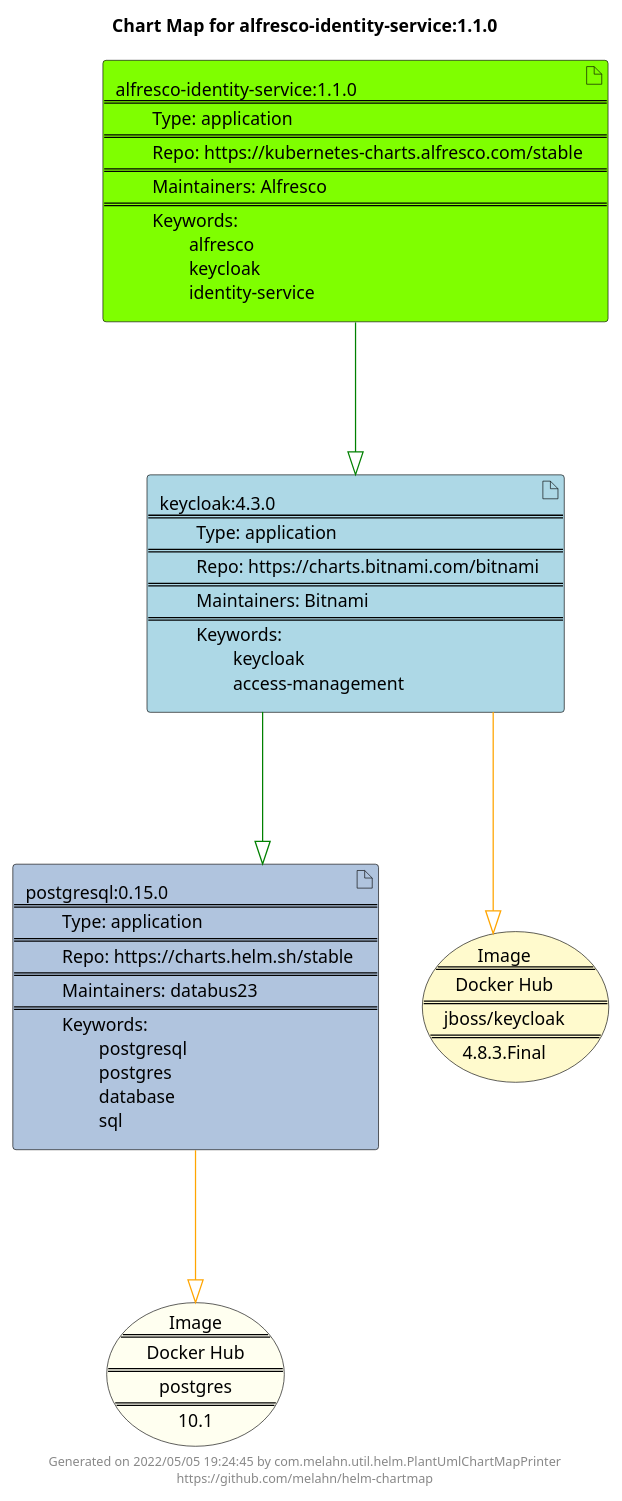
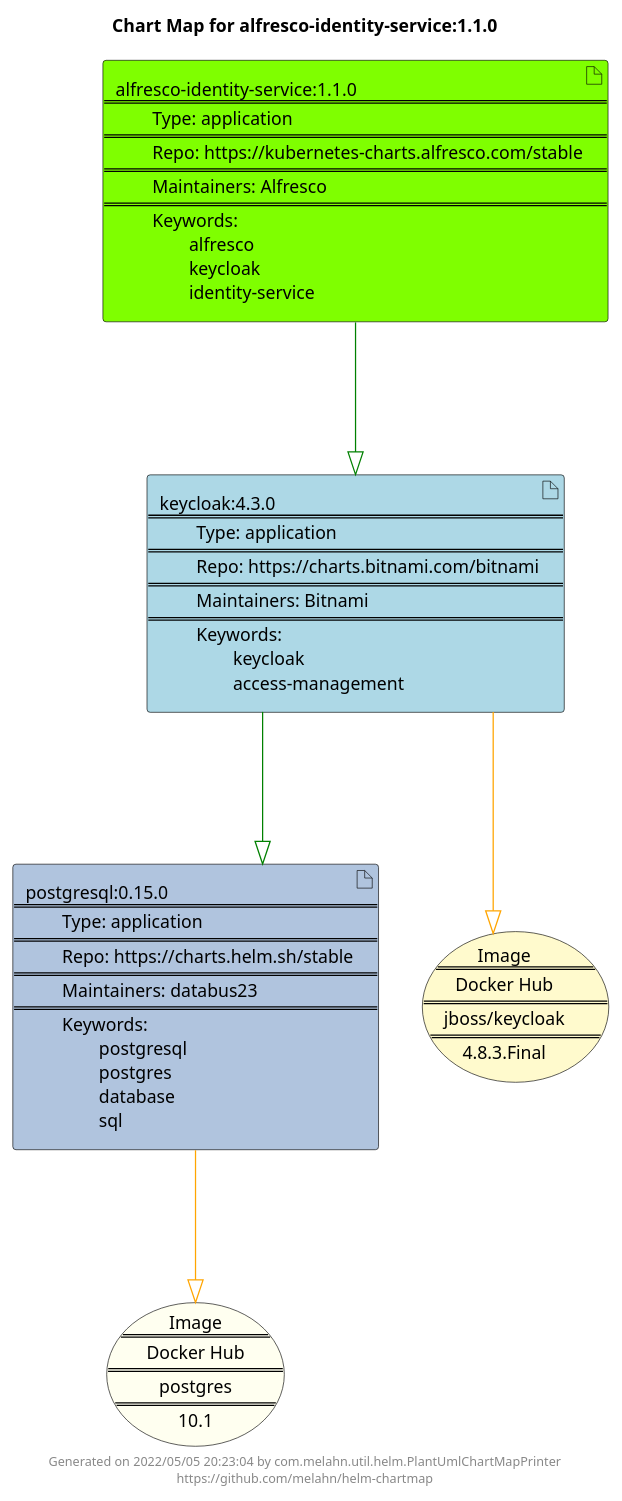
One commit to melahn/helm-chartmap changed the diagram in docs/alfresco-identity-service/alfresco-identity-service-1.1.0.puml. Above: the diagram before and after it, drawn with PlantUML. The commit also changed 64 other files, not shown here.

Commit message:
Update Example Chart Maps as part of GitHub build

```diff
--- a/docs/alfresco-identity-service/alfresco-identity-service-1.1.0.puml
+++ b/docs/alfresco-identity-service/alfresco-identity-service-1.1.0.puml
@@ -1,27 +1,27 @@
 @startuml
 skinparam linetype ortho
 skinparam backgroundColor white
 skinparam usecaseBorderColor black
 skinparam usecaseArrowColor LightSlateGray
 skinparam artifactBorderColor black
 skinparam artifactArrowColor LightSlateGray
 
 title Chart Map for alfresco-identity-service:1.1.0
 
 'There are 3 referenced Helm Charts
 artifact "postgresql:0.15.0\n====\n\tType: application\n====\n\tRepo: https://charts.helm.sh/stable\n====\n\tMaintainers: databus23\n====\n\tKeywords: \n\t\tpostgresql\n\t\tpostgres\n\t\tdatabase\n\t\tsql" as postgresql_0_15_0 #LightSteelBlue
 artifact "alfresco-identity-service:1.1.0\n====\n\tType: application\n====\n\tRepo: https://kubernetes-charts.alfresco.com/stable\n====\n\tMaintainers: Alfresco\n====\n\tKeywords: \n\t\talfresco\n\t\tkeycloak\n\t\tidentity-service" as alfresco_identity_service_1_1_0 #Chartreuse
 artifact "keycloak:4.3.0\n====\n\tType: application\n====\n\tRepo: https://charts.bitnami.com/bitnami\n====\n\tMaintainers: Bitnami\n====\n\tKeywords: \n\t\tkeycloak\n\t\taccess-management" as keycloak_4_3_0 #LightBlue
 
 'There are 2 referenced Docker Images
 usecase "Image\n====\nDocker Hub\n====\npostgres\n====\n10.1" as postgres_10_1 #Ivory
 usecase "Image\n====\nDocker Hub\n====\njboss/keycloak\n====\n4.8.3.Final" as jboss_keycloak_4_8_3_Final #LemonChiffon
 
 'Chart Dependencies
 alfresco_identity_service_1_1_0--[#green]-|>keycloak_4_3_0
 keycloak_4_3_0--[#green]-|>postgresql_0_15_0
 postgresql_0_15_0--[#orange]-|>postgres_10_1
 keycloak_4_3_0--[#orange]-|>jboss_keycloak_4_8_3_Final
 
-center footer Generated on 2022/05/05 19:24:45 by com.melahn.util.helm.PlantUmlChartMapPrinter\nhttps://github.com/melahn/helm-chartmap
+center footer Generated on 2022/05/05 20:23:04 by com.melahn.util.helm.PlantUmlChartMapPrinter\nhttps://github.com/melahn/helm-chartmap
 @enduml
```
